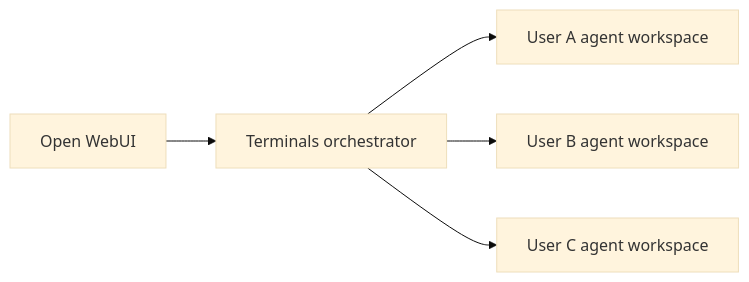
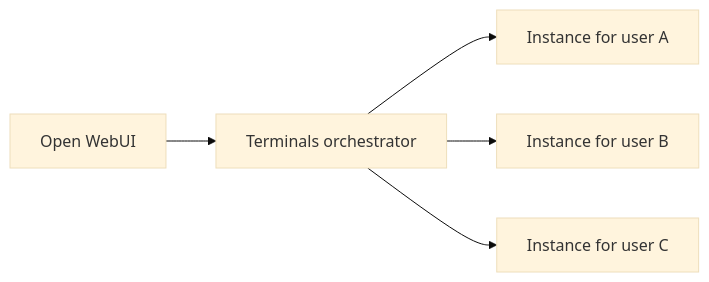
One commit to SMYQH/openwebuidocs changed the diagram in zh-cn/docs/features/open-terminal/terminals/orchestration/index.md. Above: the diagram before and after it, drawn with Mermaid (base theme). The commit also changed other lines of this file and 138 other files, not shown here.

````diff
--- a/zh-cn/docs/features/open-terminal/terminals/orchestration/index.md
+++ b/zh-cn/docs/features/open-terminal/terminals/orchestration/index.md
@@ -12,7 +12,7 @@
 ```mermaid
 flowchart LR
     A["Open WebUI"] --> B["Terminals orchestrator"]
-    B --> C["User A agent workspace"]
-    B --> D["User B agent workspace"]
-    B --> E["User C agent workspace"]
+    B --> C["Instance for user A"]
+    B --> D["Instance for user B"]
+    B --> E["Instance for user C"]
 ```
````
